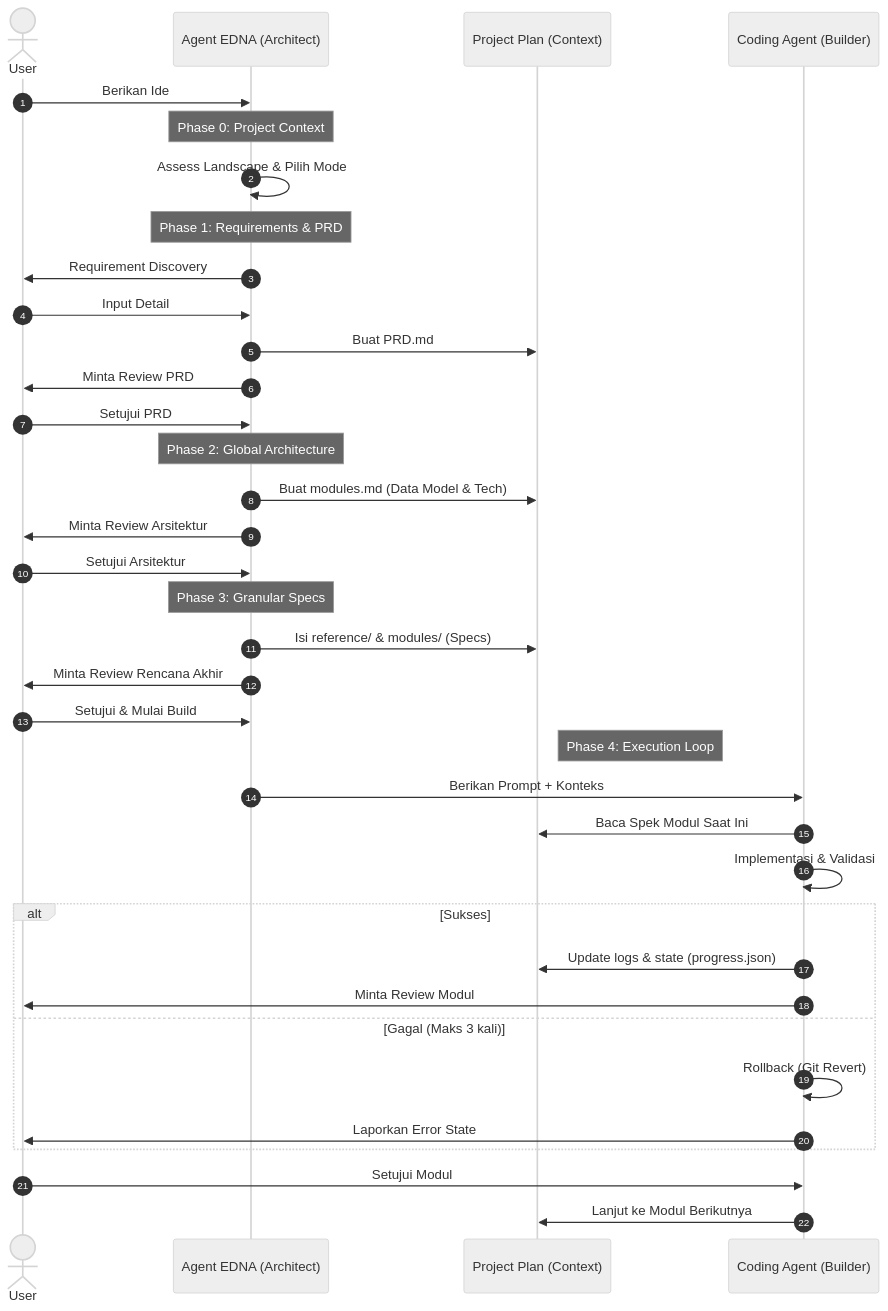
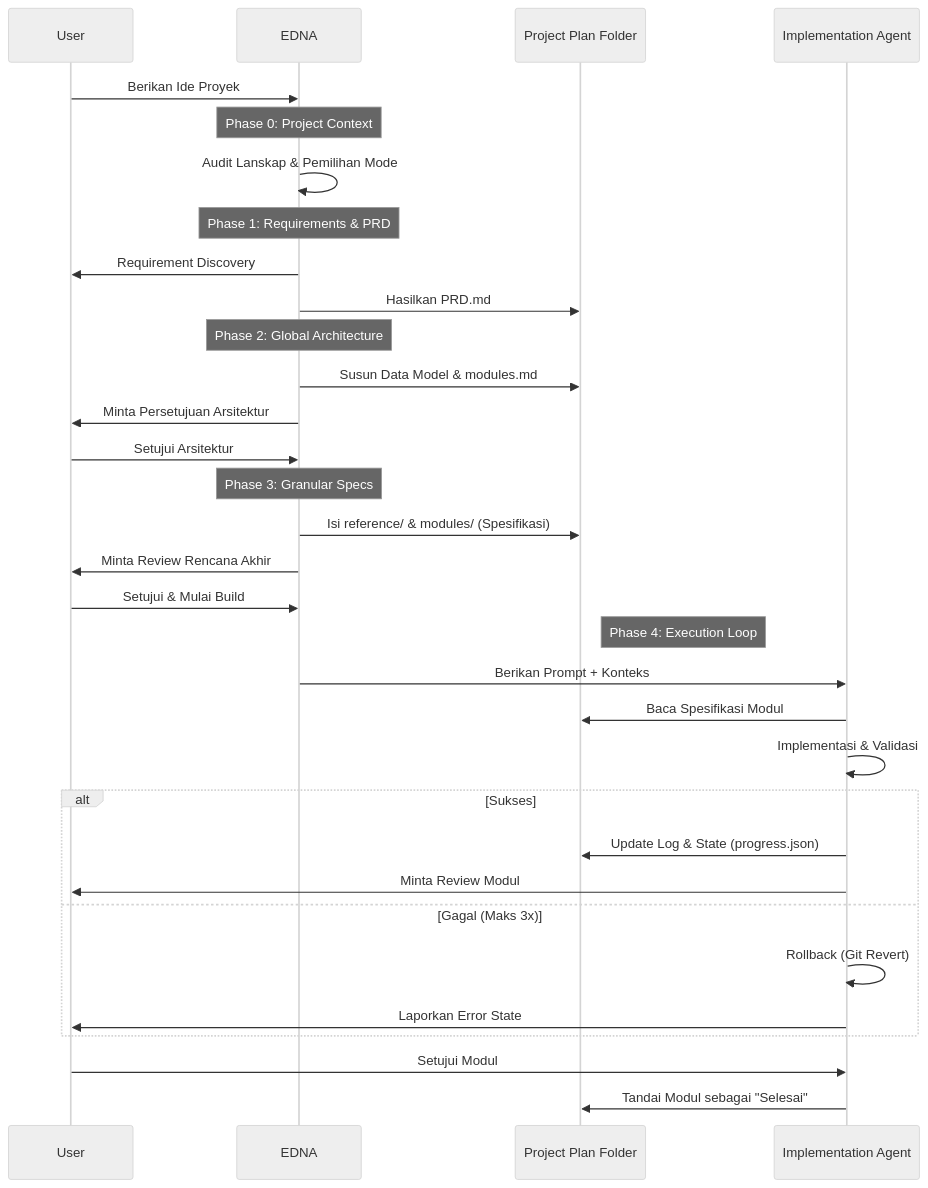
One commit to arinadi/EDNA changed the diagram in how_it_works.id.md. Above: the diagram before and after it, drawn with Mermaid (neutral theme). The commit also changed other lines of this file and 1 other file, not shown here.

````diff
--- a/how_it_works.id.md
+++ b/how_it_works.id.md
@@ -74,46 +74,42 @@
 ```mermaid
 sequenceDiagram
-    autonumber
-    actor User
-    participant EDNA as Agent EDNA (Architect)
-    participant Plan as Project Plan (Context)
-    participant Coder as Coding Agent (Builder)
-
-    User->>EDNA: Berikan Ide
+    participant User
+    participant EDNA
+    participant Plan as Project Plan Folder
+    participant Coder as Implementation Agent
+    
+    User->>EDNA: Berikan Ide Proyek
     
     Note over EDNA: Phase 0: Project Context
-    EDNA->>EDNA: Assess Landscape & Pilih Mode
+    EDNA->>EDNA: Audit Lanskap & Pemilihan Mode
     
     Note over EDNA: Phase 1: Requirements & PRD
     EDNA->>User: Requirement Discovery
-    User->>EDNA: Input Detail
-    EDNA->>Plan: Buat PRD.md
-    EDNA->>User: Minta Review PRD
-    User->>EDNA: Setujui PRD
+    EDNA->>Plan: Hasilkan PRD.md
     
     Note over EDNA: Phase 2: Global Architecture
-    EDNA->>Plan: Buat modules.md (Data Model & Tech)
-    EDNA->>User: Minta Review Arsitektur
+    EDNA->>Plan: Susun Data Model & modules.md
+    EDNA->>User: Minta Persetujuan Arsitektur
     User->>EDNA: Setujui Arsitektur
     
     Note over EDNA: Phase 3: Granular Specs
-    EDNA->>Plan: Isi reference/ & modules/ (Specs)
+    EDNA->>Plan: Isi reference/ & modules/ (Spesifikasi)
     
     EDNA->>User: Minta Review Rencana Akhir
     User->>EDNA: Setujui & Mulai Build
     
     Note right of Plan: Phase 4: Execution Loop
     EDNA->>Coder: Berikan Prompt + Konteks
-    Coder->>Plan: Baca Spek Modul Saat Ini
+    Coder->>Plan: Baca Spesifikasi Modul
     Coder->>Coder: Implementasi & Validasi
     alt Sukses
-        Coder->>Plan: Update logs & state (progress.json)
+        Coder->>Plan: Update Log & State (progress.json)
         Coder->>User: Minta Review Modul
-    else Gagal (Maks 3 kali)
+    else Gagal (Maks 3x)
         Coder->>Coder: Rollback (Git Revert)
         Coder->>User: Laporkan Error State
     end
     
     User->>Coder: Setujui Modul
-    Coder->>Plan: Lanjut ke Modul Berikutnya
+    Coder->>Plan: Tandai Modul sebagai "Selesai"
 ```
````
